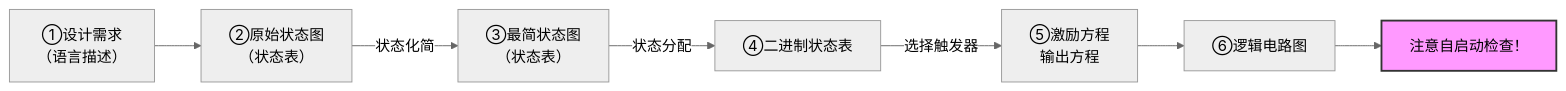
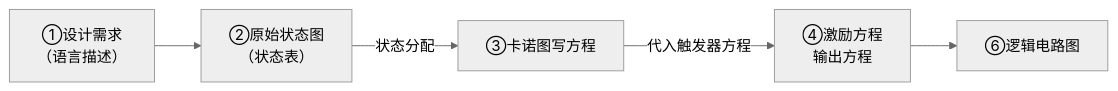
One commit to Gerard-Devlin/TechMind changed the second of 2 diagrams in my-project/docs/DLD/4 、时序逻辑电路.md. Above: the diagram before and after it, drawn with Mermaid (neutral theme). The commit also changed other lines of this file and 7 other files, not shown here.

````diff
--- a/my-project/docs/DLD/4 、时序逻辑电路.md
+++ b/my-project/docs/DLD/4 、时序逻辑电路.md
@@ -112,11 +120,8 @@
 ```mermaid
 flowchart LR
     A[①设计需求</br>（语言描述）] --> B[②原始状态图</br>（状态表）]
-    B -->|状态化简| C[③最简状态图</br>（状态表）]
-    C -->|状态分配| D[④二进制状态表]
-    D -->|选择触发器| E[⑤激励方程 </br> 输出方程]
-    E --> F[⑥逻辑电路图]
-    F --> G[注意自启动检查！]
+    B -->|状态分配| C[③卡诺图写方程]
+    C -->|代入触发器方程| D[④激励方程 </br> 输出方程]
+    D --> E[⑥逻辑电路图]
 
-    style G fill:#f9f,stroke:#333,stroke-width:2px
 ```
````
